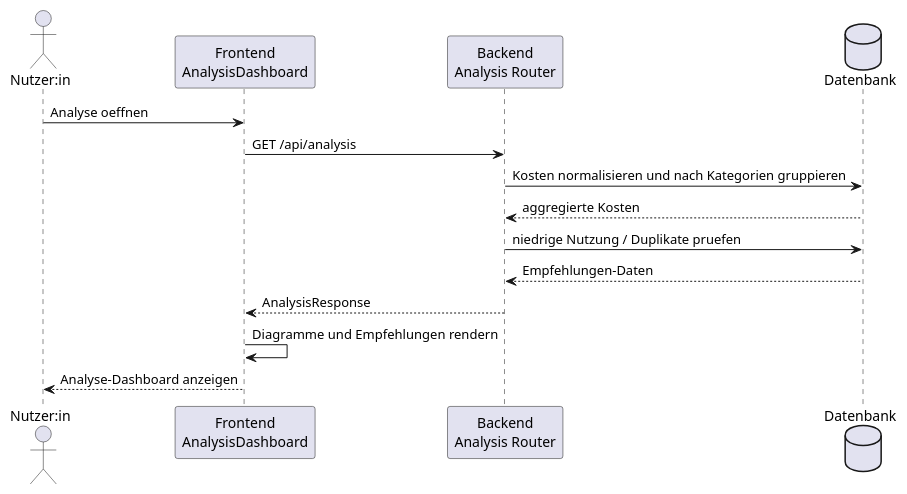
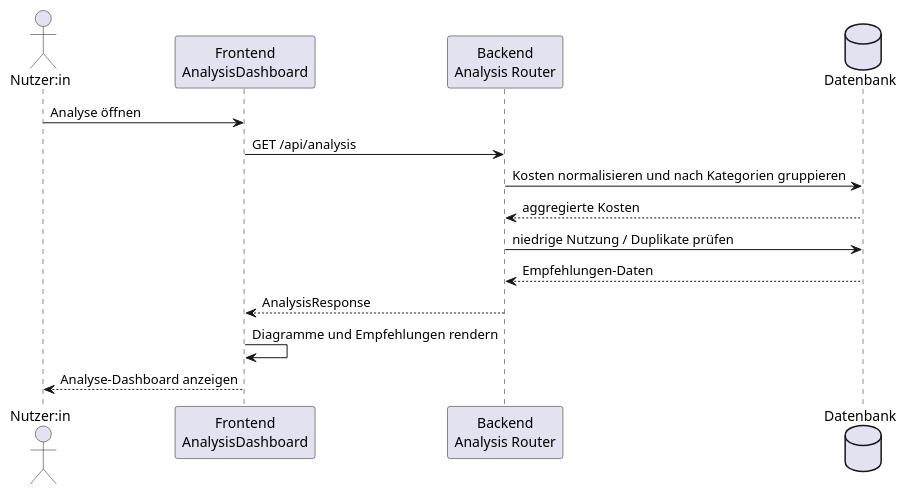
One commit to momel13/SubscriptionGuard-E2 changed the seventh of 9 diagrams in docs/technical/design.adoc. Above: the diagram before and after it, drawn with PlantUML. The commit also changed other lines of this file, not shown here.

```diff
--- a/docs/technical/design.adoc
+++ b/docs/technical/design.adoc
@@ -605,19 +602,19 @@
 [plantuml,sequence-analysis,svg]
 ----
 @startuml
 actor "Nutzer:in" as User
 participant "Frontend\nAnalysisDashboard" as FE
 participant "Backend\nAnalysis Router" as BE
 database "Datenbank" as DB
 
-User -> FE : Analyse oeffnen
+User -> FE : Analyse öffnen
 FE -> BE : GET /api/analysis
 BE -> DB : Kosten normalisieren und nach Kategorien gruppieren
 DB --> BE : aggregierte Kosten
-BE -> DB : niedrige Nutzung / Duplikate pruefen
+BE -> DB : niedrige Nutzung / Duplikate prüfen
 DB --> BE : Empfehlungen-Daten
 BE --> FE : AnalysisResponse
 FE -> FE : Diagramme und Empfehlungen rendern
 FE --> User : Analyse-Dashboard anzeigen
 @enduml
 ----
```
